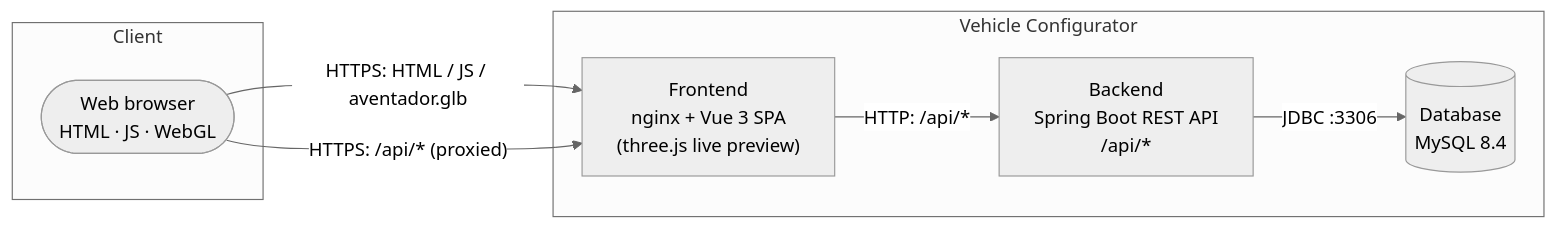
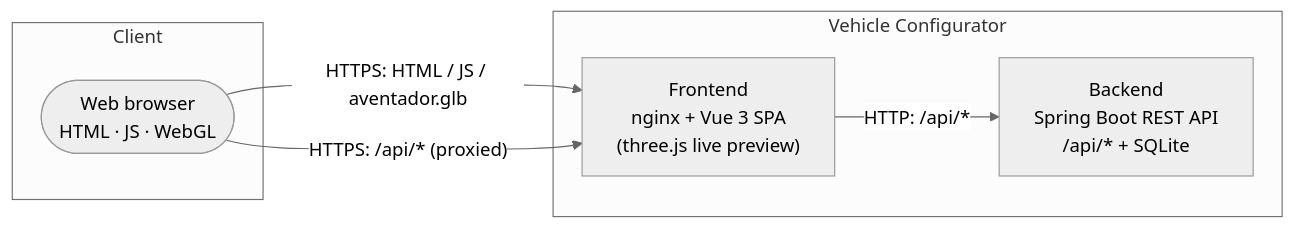
The second of 7 diagrams in ARCHITECTURE.md (fbrase799/vehicle_configurator), drawn with Mermaid (neutral theme) before and after one commit. The commit also changed other lines of this file and 49 other files, not shown here.

````diff
--- a/ARCHITECTURE.md
+++ b/ARCHITECTURE.md
@@ -42,17 +45,15 @@
 ```mermaid
 flowchart LR
     subgraph client[Client]
         browser([Web browser<br/>HTML · JS · WebGL])
     end
 
     subgraph stack[Vehicle Configurator]
         fe["Frontend<br/>nginx + Vue 3 SPA<br/>(three.js live preview)"]
-        be["Backend<br/>Spring Boot REST API<br/>/api/*"]
-        db[("Database<br/>MySQL 8.4")]
+        be["Backend<br/>Spring Boot REST API<br/>/api/* + SQLite"]
     end
 
     browser -- "HTTPS: HTML / JS / aventador.glb" --> fe
     browser -- "HTTPS: /api/*  (proxied)" --> fe
     fe -- "HTTP: /api/*" --> be
-    be -- "JDBC :3306" --> db
 ```
````
